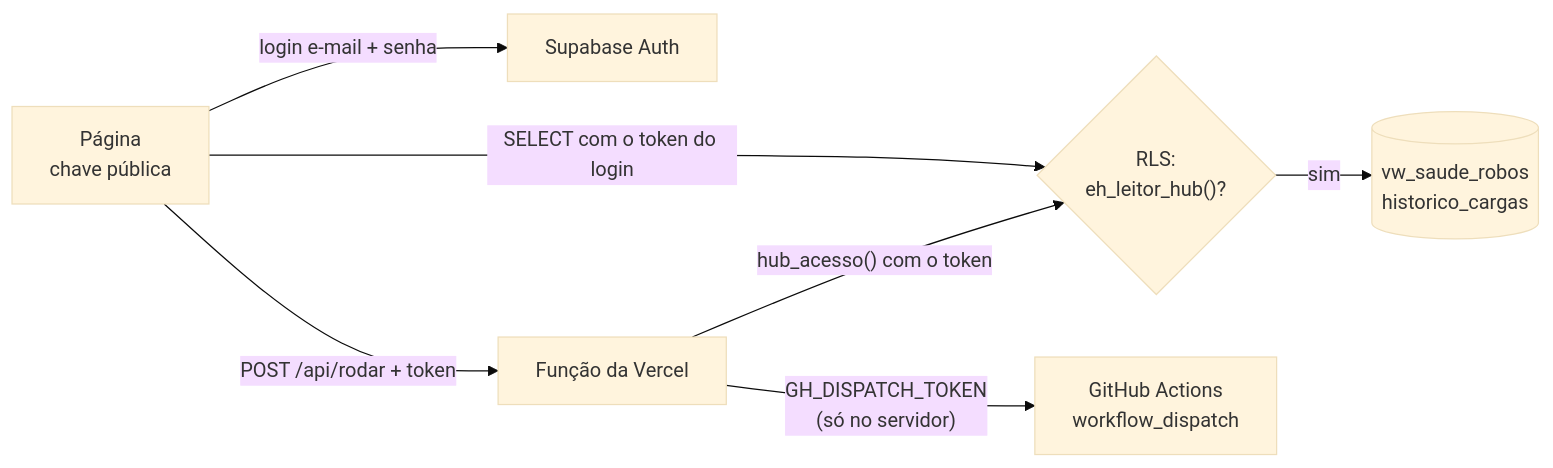
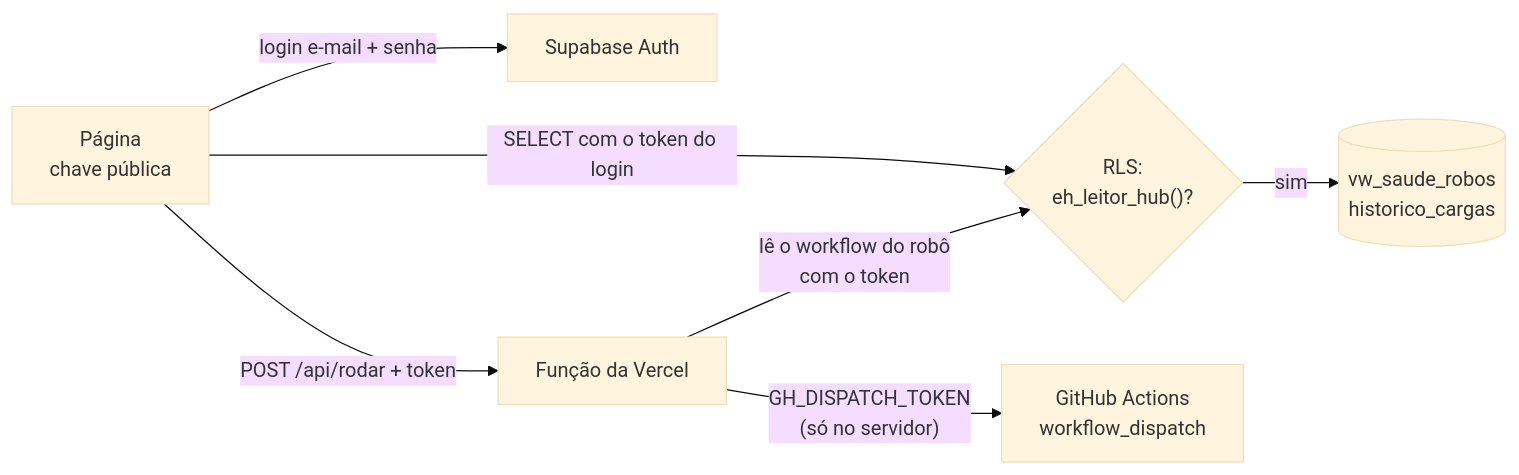
The diagram in hub/README.md (diegoscs/ambiente_dev), drawn with Mermaid (base theme) before and after one commit. The commit also changed other lines of this file and 21 other files, not shown here.

````diff
--- a/hub/README.md
+++ b/hub/README.md
@@ -23,9 +28,9 @@
 ```mermaid
 flowchart LR
     P["Página<br/>chave pública"] -- "login e-mail + senha" --> AUTH["Supabase Auth"]
     P -- "SELECT com o token do login" --> RLS{"RLS:<br/>eh_leitor_hub()?"}
     RLS -- sim --> DADOS[("vw_saude_robos<br/>historico_cargas")]
     P -- "POST /api/rodar + token" --> F["Função da Vercel"]
-    F -- "hub_acesso() com o token" --> RLS
+    F -- "lê o workflow do robô<br/>com o token" --> RLS
     F -- "GH_DISPATCH_TOKEN<br/>(só no servidor)" --> GA["GitHub Actions<br/>workflow_dispatch"]
 ```
````
